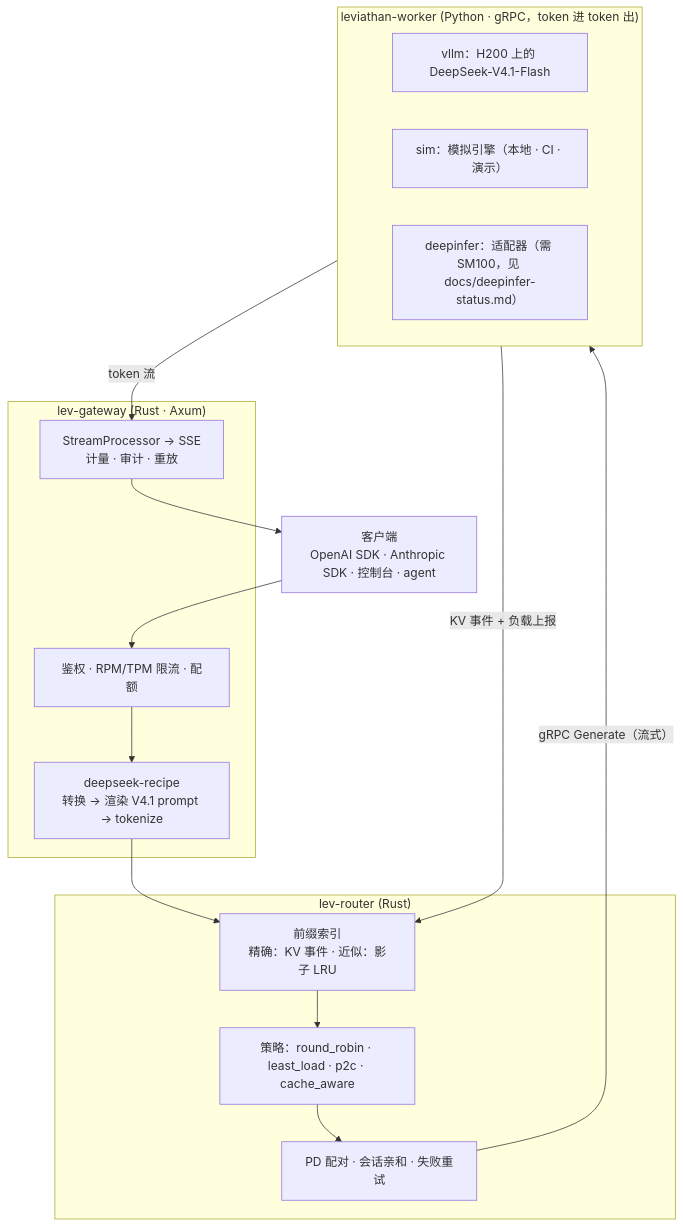
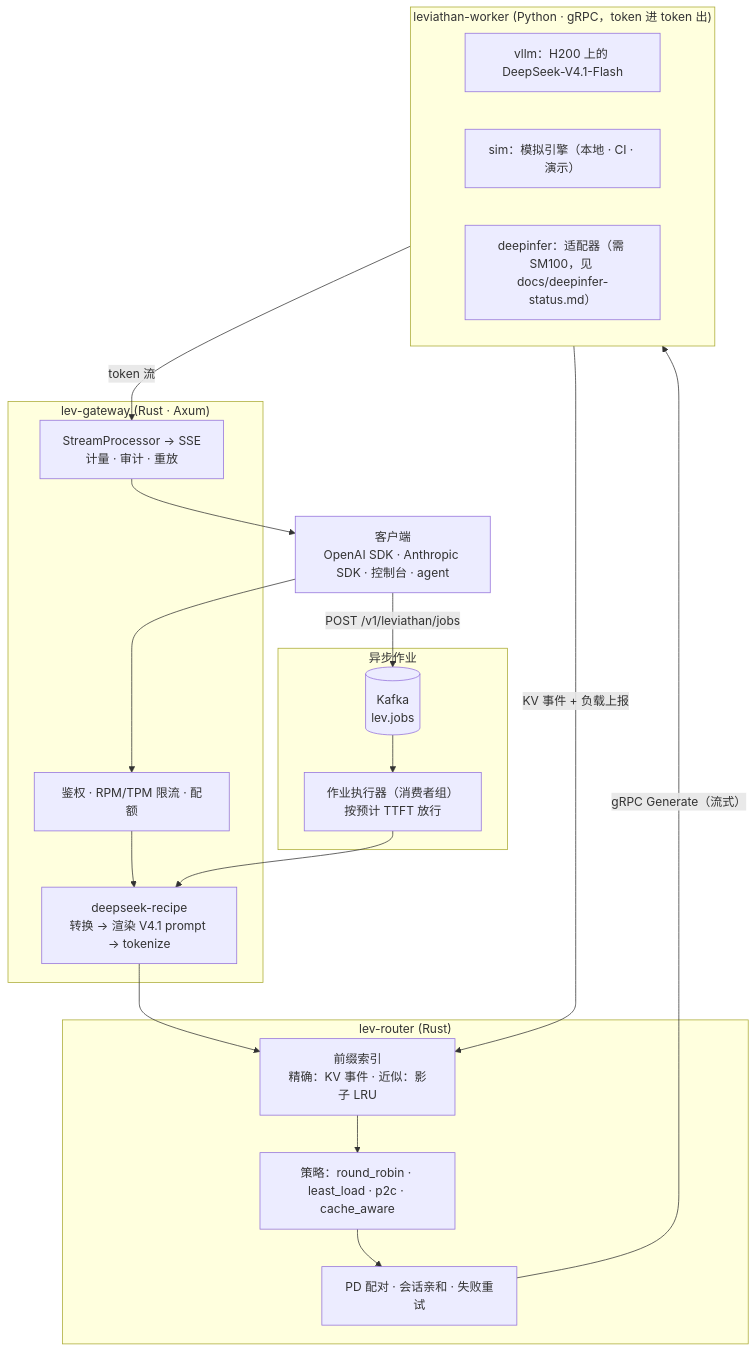
Before and after one commit to FufanLu/Inference-Framework-Agent-Based-on-DeepInfer: the diagram in README.zh.md, drawn with Mermaid. The commit also changed other lines of this file and 35 other files, not shown here.

````diff
--- a/README.zh.md
+++ b/README.zh.md
@@ -22,23 +22,28 @@
 ```mermaid
 flowchart TB
     C["客户端<br/>OpenAI SDK · Anthropic SDK · 控制台 · agent"]
     subgraph GW["lev-gateway (Rust · Axum)"]
         A["鉴权 · RPM/TPM 限流 · 配额"]
         R["deepseek-recipe<br/>转换 → 渲染 V4.1 prompt → tokenize"]
         S["StreamProcessor → SSE<br/>计量 · 审计 · 重放"]
     end
     subgraph RT["lev-router (Rust)"]
         I["前缀索引<br/>精确：KV 事件 · 近似：影子 LRU"]
         P["策略：round_robin · least_load · p2c · cache_aware"]
         D["PD 配对 · 会话亲和 · 失败重试"]
     end
+    subgraph JQ["异步作业"]
+        K[("Kafka<br/>lev.jobs")]
+        J["作业执行器（消费者组）<br/>按预计 TTFT 放行"]
+    end
     subgraph WK["leviathan-worker (Python · gRPC，token 进 token 出)"]
         V["vllm：H200 上的 DeepSeek-V4.1-Flash"]
         M["sim：模拟引擎（本地 · CI · 演示）"]
         X["deepinfer：适配器（需 SM100，见 docs/deepinfer-status.md）"]
     end
     C --> A --> R --> I --> P --> D
+    C -- "POST /v1/leviathan/jobs" --> K --> J --> R
     D -- "gRPC Generate（流式）" --> WK
     WK -- "KV 事件 + 负载上报" --> I
     WK -- "token 流" --> S --> C
 ```
````
